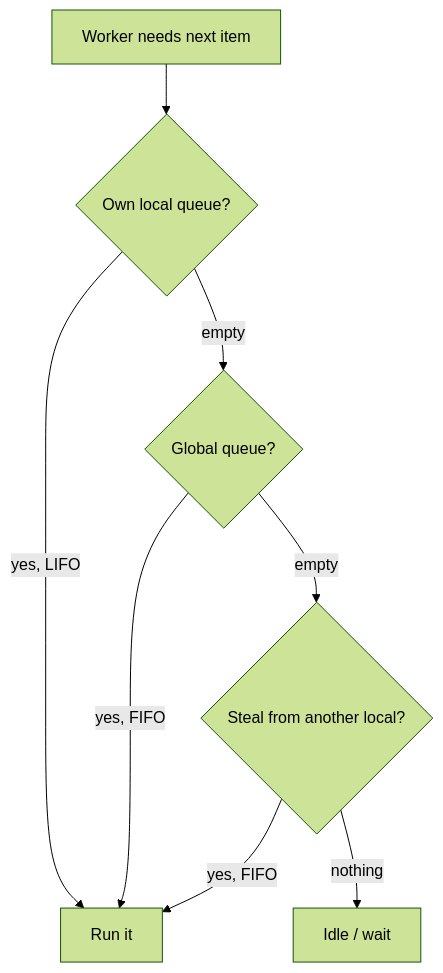
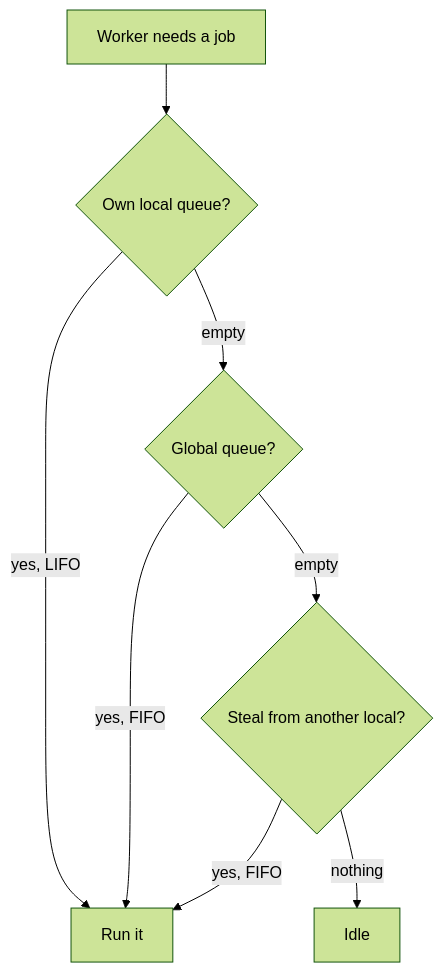
Before and after one commit to M1re/EngineeringVault: the diagram in Vault/Programming/Concurrency/Threads and the Thread Pool.md, drawn with Mermaid (forest theme). The commit also changed other lines of this file, not shown here.

````diff
--- a/Vault/Programming/Concurrency/Threads and the Thread Pool.md
+++ b/Vault/Programming/Concurrency/Threads and the Thread Pool.md
@@ -113,10 +96,10 @@
 ```mermaid
 flowchart TD
-    W[Worker needs next item] --> L{Own local queue?}
+    W[Worker needs a job] --> L{Own local queue?}
     L -- yes, LIFO --> R[Run it]
     L -- empty --> G{Global queue?}
     G -- yes, FIFO --> R
     G -- empty --> S{Steal from another local?}
     S -- yes, FIFO --> R
-    S -- nothing --> I[Idle / wait]
+    S -- nothing --> I[Idle]
 ```
````
